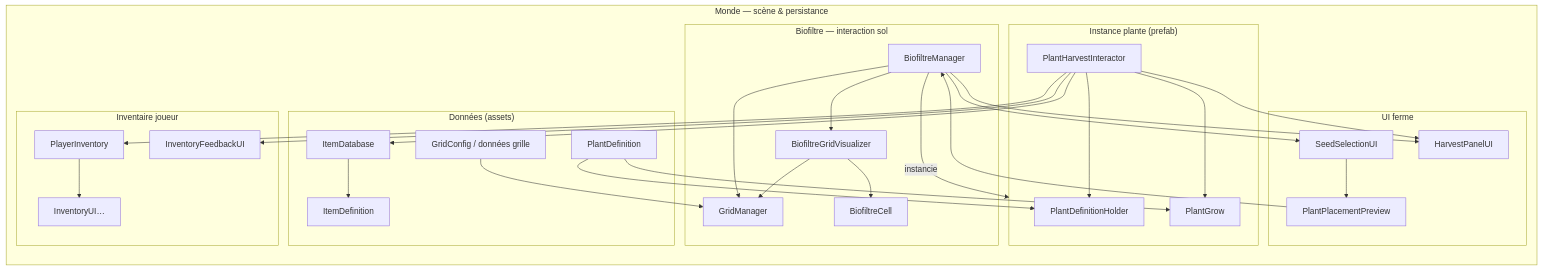
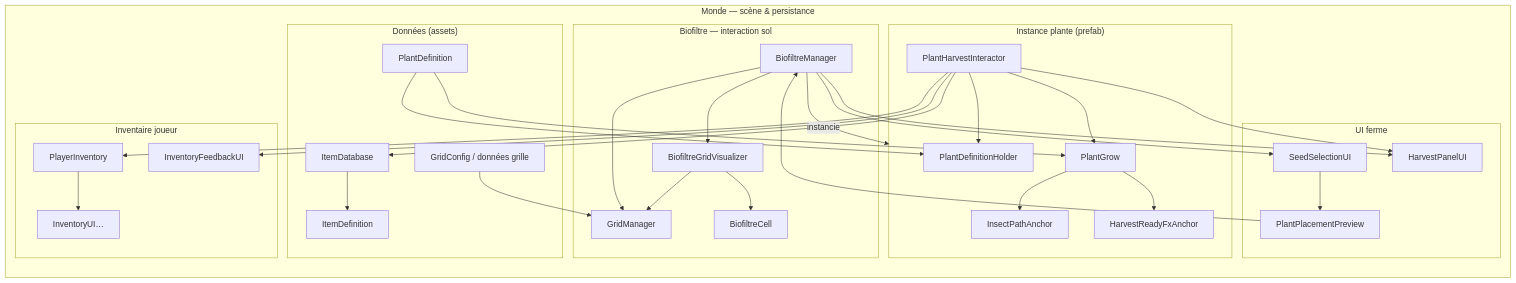
One commit to madhackademie/RaymanInifiteRunner changed the first of 8 diagrams in Notes/Farm/SYSTEMES_carte_mentale.md. Above: the diagram before and after it, drawn with Mermaid. The commit also changed other lines of this file and 86 other files, not shown here.

````diff
--- a/Notes/Farm/SYSTEMES_carte_mentale.md
+++ b/Notes/Farm/SYSTEMES_carte_mentale.md
@@ -22,56 +22,60 @@
 ```mermaid
 flowchart TB
   subgraph Monde["Monde — scène & persistance"]
     direction TB
     subgraph D["Données (assets)"]
       PD[PlantDefinition]
       CFG[GridConfig / données grille]
       IDB[ItemDatabase]
       ID[ItemDefinition]
     end
     subgraph BF["Biofiltre — interaction sol"]
       BFM[BiofiltreManager]
       BGV[BiofiltreGridVisualizer]
       GM[GridManager]
       BCell[BiofiltreCell]
     end
     subgraph UI_Farm["UI ferme"]
       SSU[SeedSelectionUI]
       PPP[PlantPlacementPreview]
       HUI[HarvestPanelUI]
     end
     subgraph Plante["Instance plante (prefab)"]
       PG[PlantGrow]
       PDH[PlantDefinitionHolder]
       PHI[PlantHarvestInteractor]
+      IPA[InsectPathAnchor]
+      HRF[HarvestReadyFxAnchor]
     end
     subgraph Inv["Inventaire joueur"]
       PI[PlayerInventory]
       IUI[InventoryUI…]
       IFB[InventoryFeedbackUI]
     end
   end
 
   CFG --> GM
   PD --> PDH
   PD --> PG
   IDB --> ID
 
   BGV --> GM
   BGV --> BCell
   BFM --> BGV
   BFM --> GM
   BFM --> SSU
   BFM --> HUI
   SSU --> PPP
   PPP --> BFM
 
   BFM -->|"instancie"| Plante
   PHI --> PG
   PHI --> PDH
   PHI --> IDB
   PHI --> PI
   PHI --> HUI
   PHI --> IFB
+  PG --> IPA
+  PG --> HRF
   PI --> IUI
 ```
````
